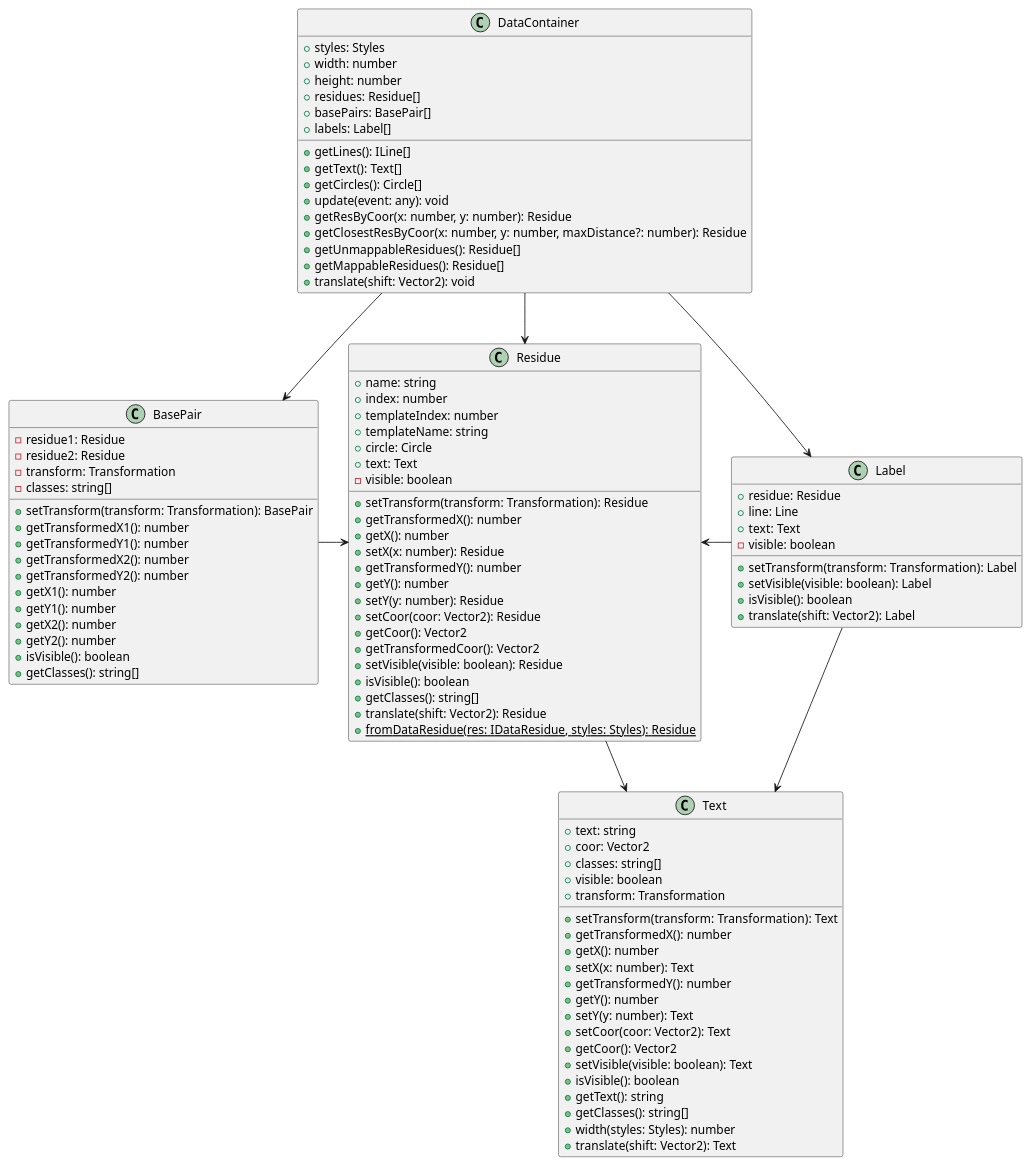
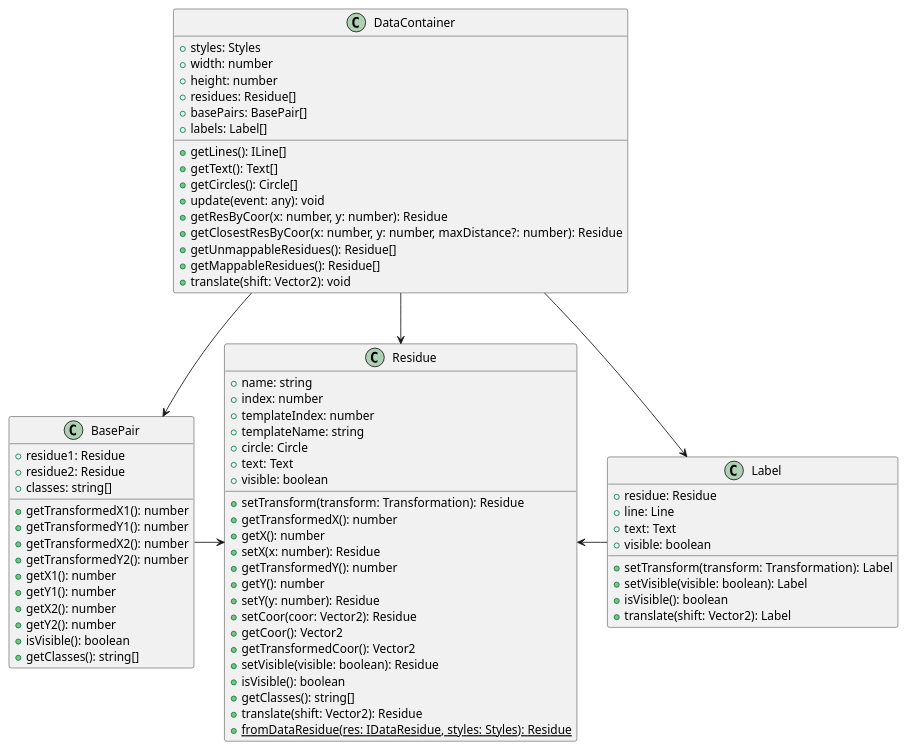
The diagram in lib/docs/uml/dataContainer.puml (michalhercik/rna-visualizer), drawn with PlantUML before and after one commit. The commit also changed 11 other files, not shown here.

Commit message:
remove setTransform from basePair && change access modifiers

```diff
--- a/lib/docs/uml/dataContainer.puml
+++ b/lib/docs/uml/dataContainer.puml
@@ -1,99 +1,73 @@
 @startuml
 class Residue {
     +name: string
     +index: number
     +templateIndex: number
     +templateName: string
     +circle: Circle
     +text: Text
-    -visible: boolean
+    +visible: boolean
     +setTransform(transform: Transformation): Residue
     +getTransformedX(): number
     +getX(): number
     +setX(x: number): Residue
     +getTransformedY(): number
     +getY(): number
     +setY(y: number): Residue
     +setCoor(coor: Vector2): Residue
     +getCoor(): Vector2
     +getTransformedCoor(): Vector2
     +setVisible(visible: boolean): Residue
     +isVisible(): boolean
     +getClasses(): string[]
     +translate(shift: Vector2): Residue
     +{static} fromDataResidue(res: IDataResidue, styles: Styles): Residue
 }
 class BasePair {
-    -residue1: Residue
-    -residue2: Residue
-    -transform: Transformation
-    -classes: string[]
-    +setTransform(transform: Transformation): BasePair
+    +residue1: Residue
+    +residue2: Residue
+    +classes: string[]
     +getTransformedX1(): number
     +getTransformedY1(): number
     +getTransformedX2(): number
     +getTransformedY2(): number
     +getX1(): number
     +getY1(): number
     +getX2(): number
     +getY2(): number
     +isVisible(): boolean
     +getClasses(): string[]
 }
 class Label {
     +residue: Residue
     +line: Line
     +text: Text
-    -visible: boolean
+    +visible: boolean
     +setTransform(transform: Transformation): Label
     +setVisible(visible: boolean): Label
     +isVisible(): boolean
     +translate(shift: Vector2): Label
-}
-class Text {
-    +text: string
-    +coor: Vector2
-    +classes: string[]
-    +visible: boolean
-    +transform: Transformation
-    +setTransform(transform: Transformation): Text
-    +getTransformedX(): number
-    +getX(): number
-    +setX(x: number): Text
-    +getTransformedY(): number
-    +getY(): number
-    +setY(y: number): Text
-    +setCoor(coor: Vector2): Text
-    +getCoor(): Vector2
-    +setVisible(visible: boolean): Text
-    +isVisible(): boolean
-    +getText(): string
-    +getClasses(): string[]
-    +width(styles: Styles): number
-    +translate(shift: Vector2): Text
 }
 class DataContainer {
     +styles: Styles
     +width: number
     +height: number
     +residues: Residue[]
     +basePairs: BasePair[]
     +labels: Label[]
     +getLines(): ILine[]
     +getText(): Text[]
     +getCircles(): Circle[]
     +update(event: any): void
     +getResByCoor(x: number, y: number): Residue
     +getClosestResByCoor(x: number, y: number, maxDistance?: number): Residue
     +getUnmappableResidues(): Residue[]
     +getMappableResidues(): Residue[]
     +translate(shift: Vector2): void
 }
-Residue -d-> Text
 BasePair -r-> Residue
 Label -l-> Residue
-Label -d-> Text
 DataContainer --> Residue
 DataContainer --> BasePair
 DataContainer --> Label
 @enduml
```
